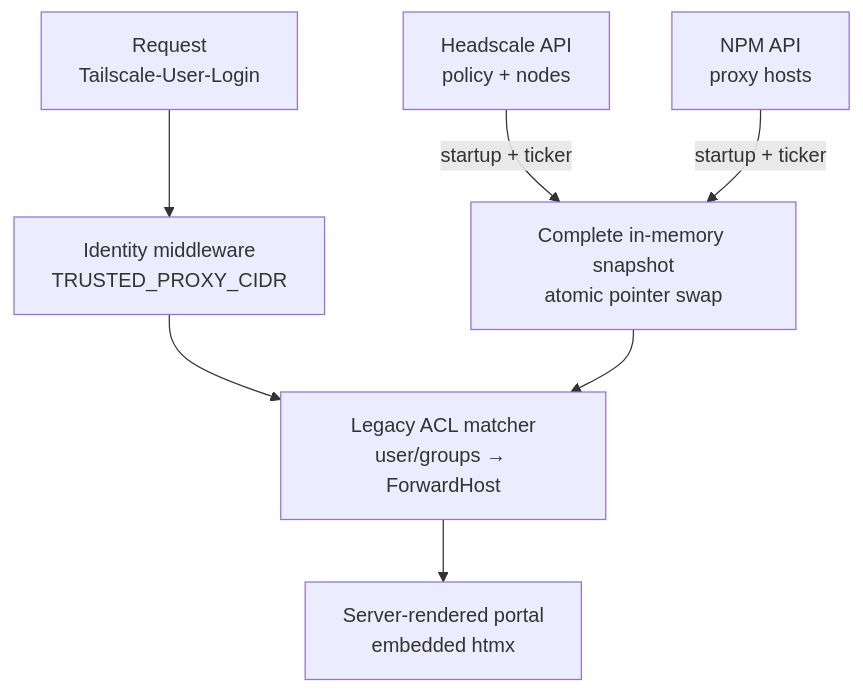
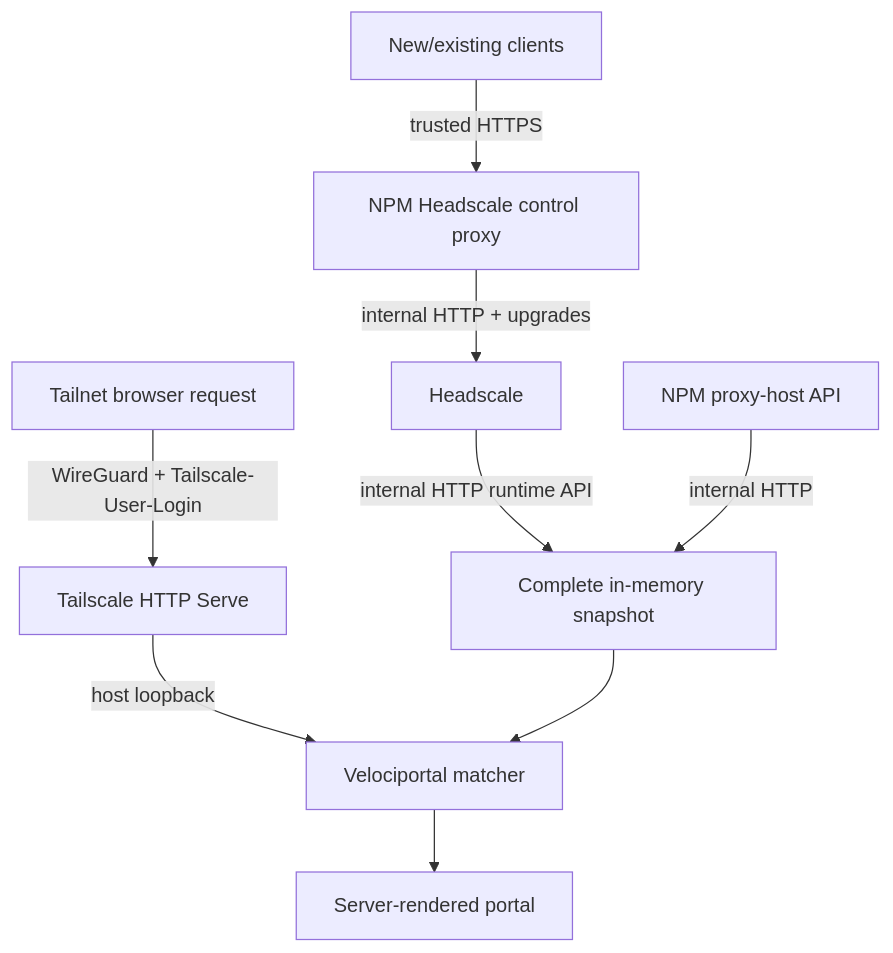
The diagram in CLAUDE.md (cybersader/velociportal), drawn with Mermaid before and after one commit. The commit also changed other lines of this file and 51 other files, not shown here.

Commit message:
Implement tailnet-native private transport architecture

````diff
--- a/CLAUDE.md
+++ b/CLAUDE.md
@@ -41,9 +51,11 @@
 ```mermaid
 flowchart TD
-    HS["Headscale API\npolicy + nodes"] -->|"startup + ticker"| Cache["Complete in-memory snapshot\natomic pointer swap"]
-    NPM["NPM API\nproxy hosts"] -->|"startup + ticker"| Cache
-    Req["Request\nTailscale-User-Login"] --> Auth["Identity middleware\nTRUSTED_PROXY_CIDR"]
-    Auth --> Match["Legacy ACL matcher\nuser/groups → ForwardHost"]
+    Client["New/existing clients"] -->|"trusted HTTPS"| NPMControl["NPM Headscale control proxy"]
+    NPMControl -->|"internal HTTP + upgrades"| HS["Headscale"]
+    HS -->|"internal HTTP runtime API"| Cache["Complete in-memory snapshot"]
+    NPM["NPM proxy-host API"] -->|"internal HTTP"| Cache
+    Req["Tailnet browser request"] -->|"WireGuard + Tailscale-User-Login"| Serve["Tailscale HTTP Serve"]
+    Serve -->|"host loopback"| Match["Velociportal matcher"]
     Cache --> Match
-    Match --> Portal["Server-rendered portal\nembedded htmx"]
+    Match --> Portal["Server-rendered portal"]
 ```
````
